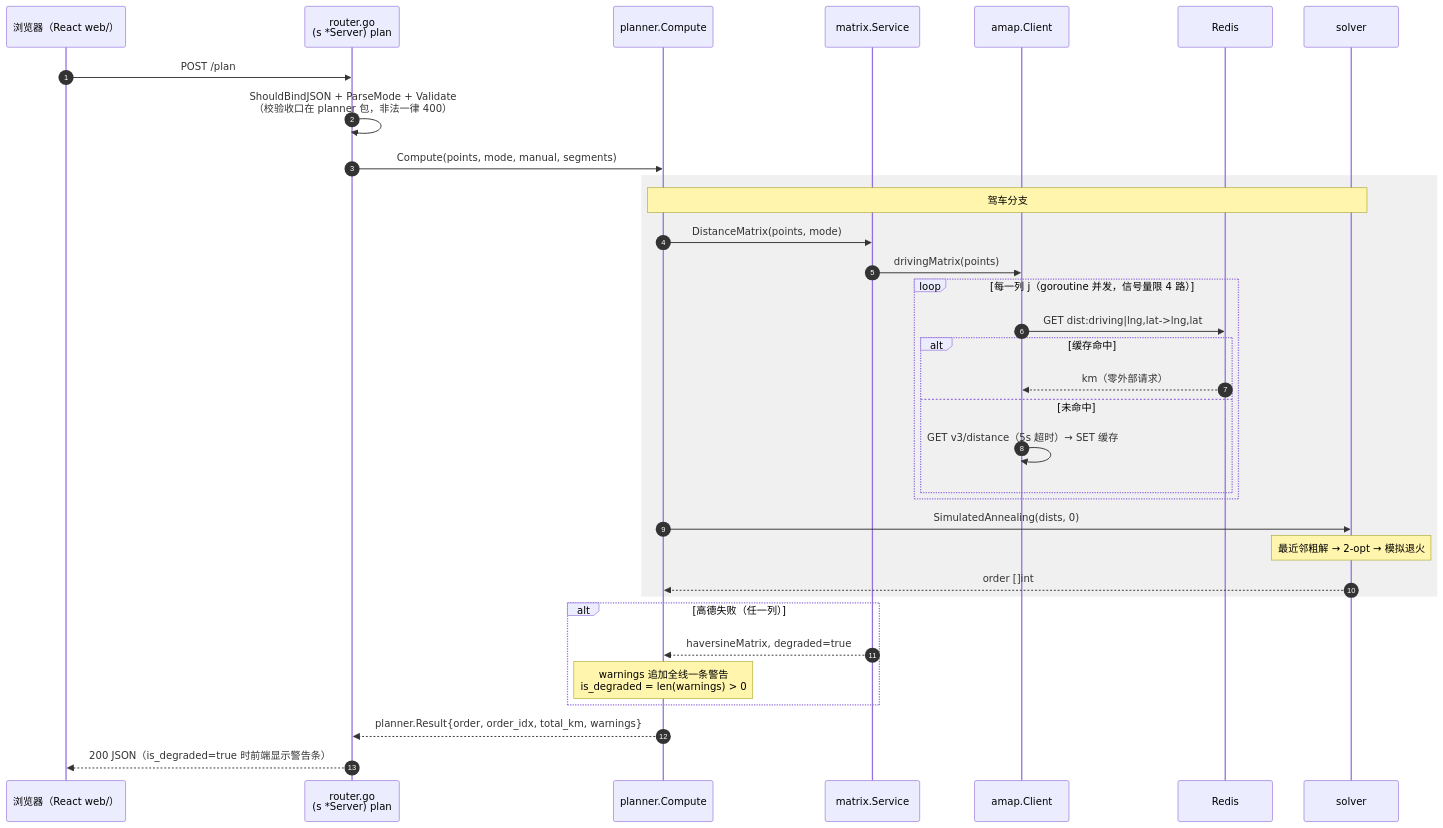
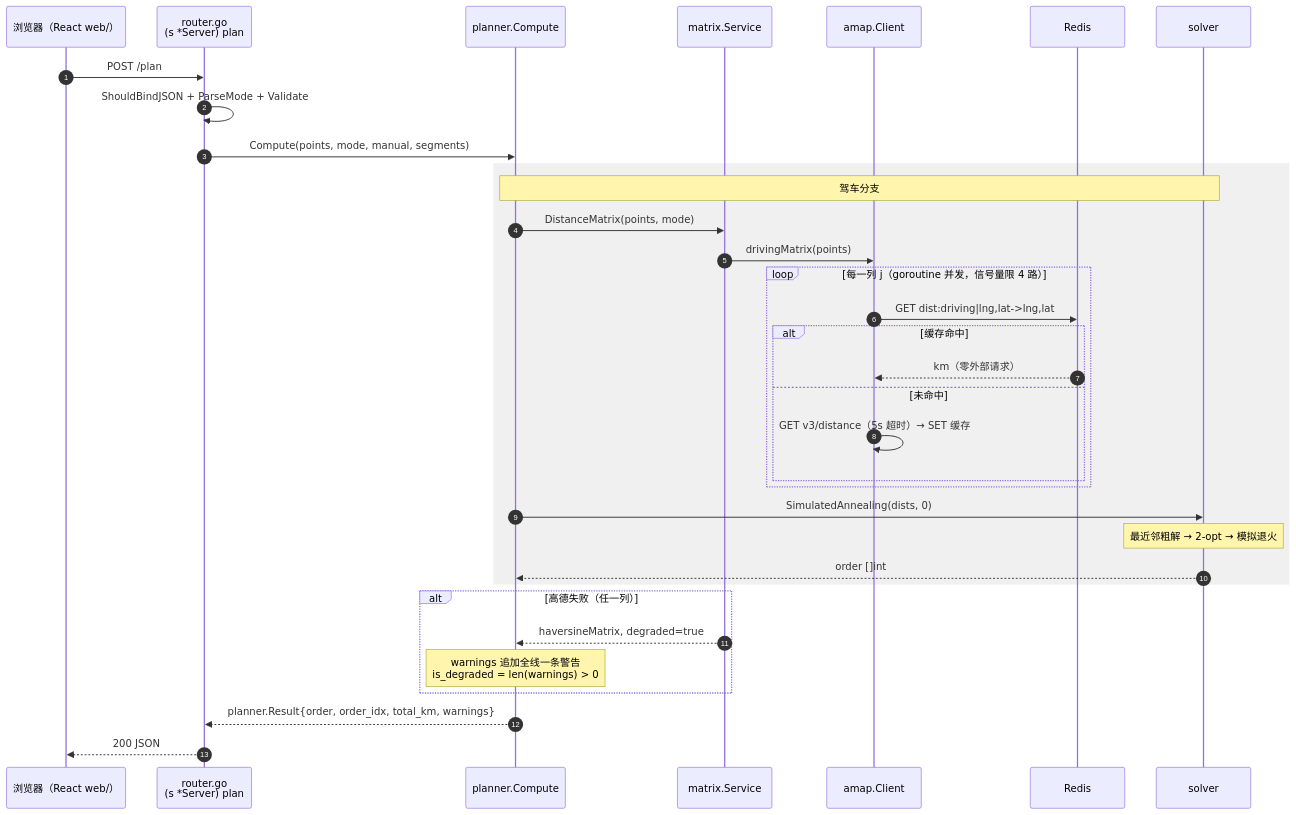
One commit to Gulugll/route66 changed the fourth of 5 diagrams in README.md. Above: the diagram before and after it, drawn with Mermaid. The commit also changed other lines of this file, not shown here.

````diff
--- a/README.md
+++ b/README.md
@@ -444,37 +371,37 @@
 ```mermaid
 sequenceDiagram
     autonumber
     participant FE as 浏览器（React web/）
     participant P as router.go<br/>(s *Server) plan
     participant PC as planner.Compute
     participant MX as matrix.Service
     participant AM as amap.Client
     participant RD as Redis
     participant SV as solver
 
     FE->>P: POST /plan
-    P->>P: ShouldBindJSON + ParseMode + Validate<br/>（校验收口在 planner 包，非法一律 400）
+    P->>P: ShouldBindJSON + ParseMode + Validate
     P->>PC: Compute(points, mode, manual, segments)
     rect rgb(240, 240, 240)
         Note over PC,SV: 驾车分支
         PC->>MX: DistanceMatrix(points, mode)
         MX->>AM: drivingMatrix(points)
         loop 每一列 j（goroutine 并发，信号量限 4 路）
             AM->>RD: GET dist:driving|lng,lat->lng,lat
             alt 缓存命中
                 RD-->>AM: km（零外部请求）
             else 未命中
                 AM->>AM: GET v3/distance（5s 超时）→ SET 缓存
             end
         end
         PC->>SV: SimulatedAnnealing(dists, 0)
         Note over SV: 最近邻粗解 → 2-opt → 模拟退火
         SV-->>PC: order []int
     end
     alt 高德失败（任一列）
         MX-->>PC: haversineMatrix, degraded=true
         Note over PC: warnings 追加全线一条警告<br/>is_degraded = len(warnings) > 0
     end
     PC-->>P: planner.Result{order, order_idx, total_km, warnings}
-    P-->>FE: 200 JSON（is_degraded=true 时前端显示警告条）
+    P-->>FE: 200 JSON
 ```
````
